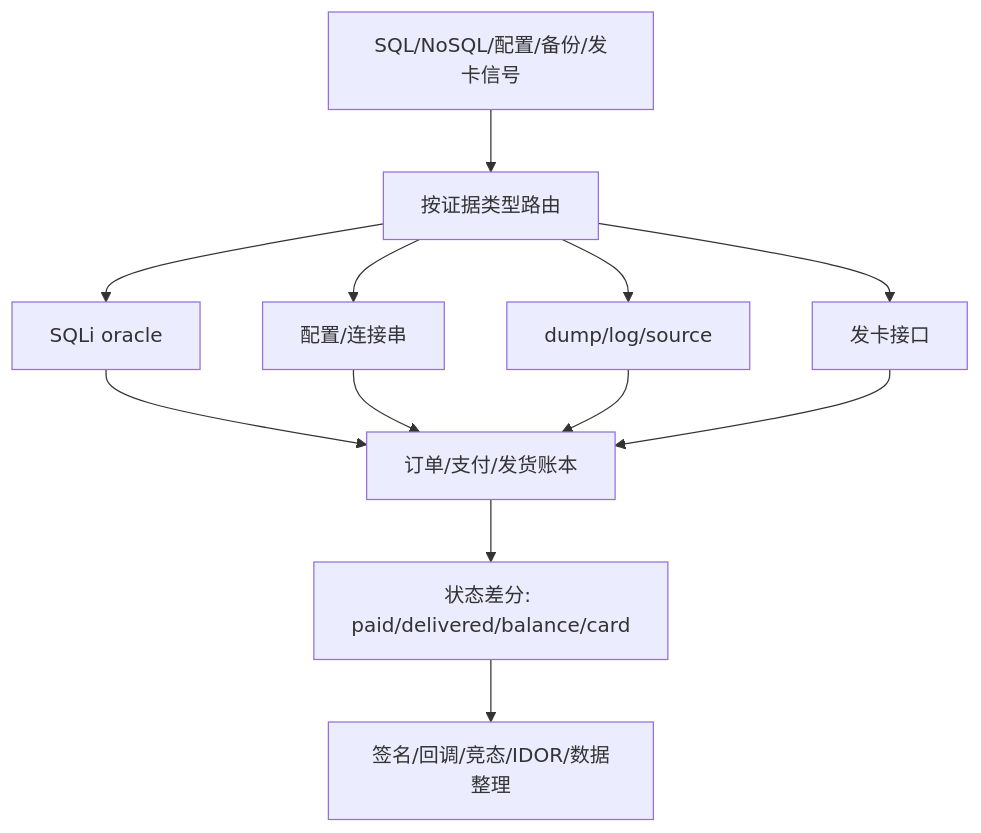
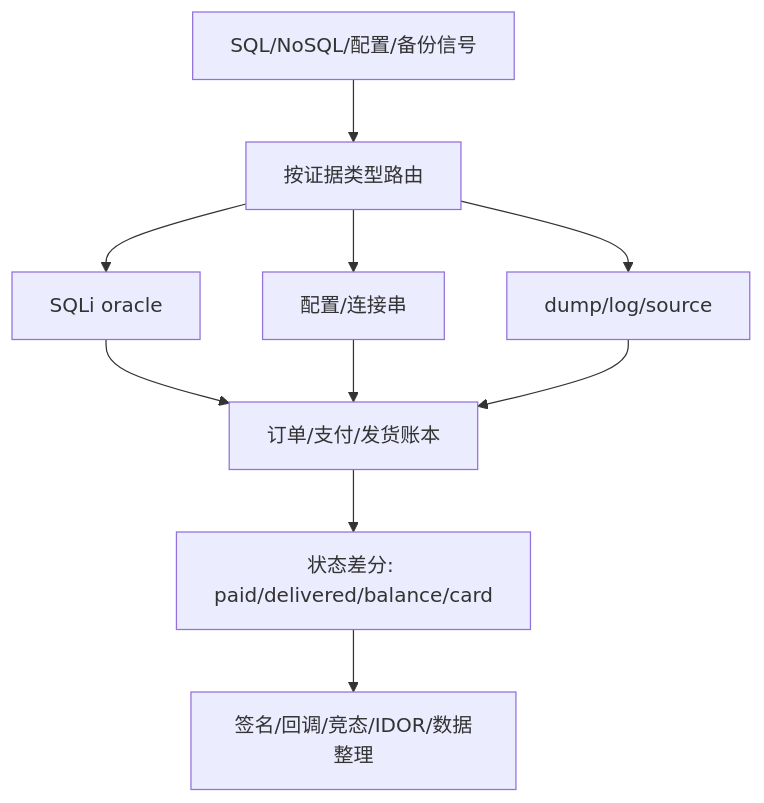
The diagram in kb/ctf-website/techniques/24-database/00-overview.md (LING71671/open-reverselab), drawn with Mermaid before and after one commit. The commit also changed other lines of this file and 151 other files, not shown here.

````diff
--- a/kb/ctf-website/techniques/24-database/00-overview.md
+++ b/kb/ctf-website/techniques/24-database/00-overview.md
@@ -137,14 +134,12 @@
 ```mermaid
 flowchart TD
-  Signal["SQL/NoSQL/配置/备份/发卡信号"] --> Route["按证据类型路由"]
+  Signal["SQL/NoSQL/配置/备份信号"] --> Route["按证据类型路由"]
   Route --> SQLi["SQLi oracle"]
   Route --> Config["配置/连接串"]
   Route --> Dump["dump/log/source"]
-  Route --> Card["发卡接口"]
   SQLi --> Ledger["订单/支付/发货账本"]
   Config --> Ledger
   Dump --> Ledger
-  Card --> Ledger
   Ledger --> Diff["状态差分: paid/delivered/balance/card"]
   Diff --> Next["签名/回调/竞态/IDOR/数据整理"]
 ```
````
